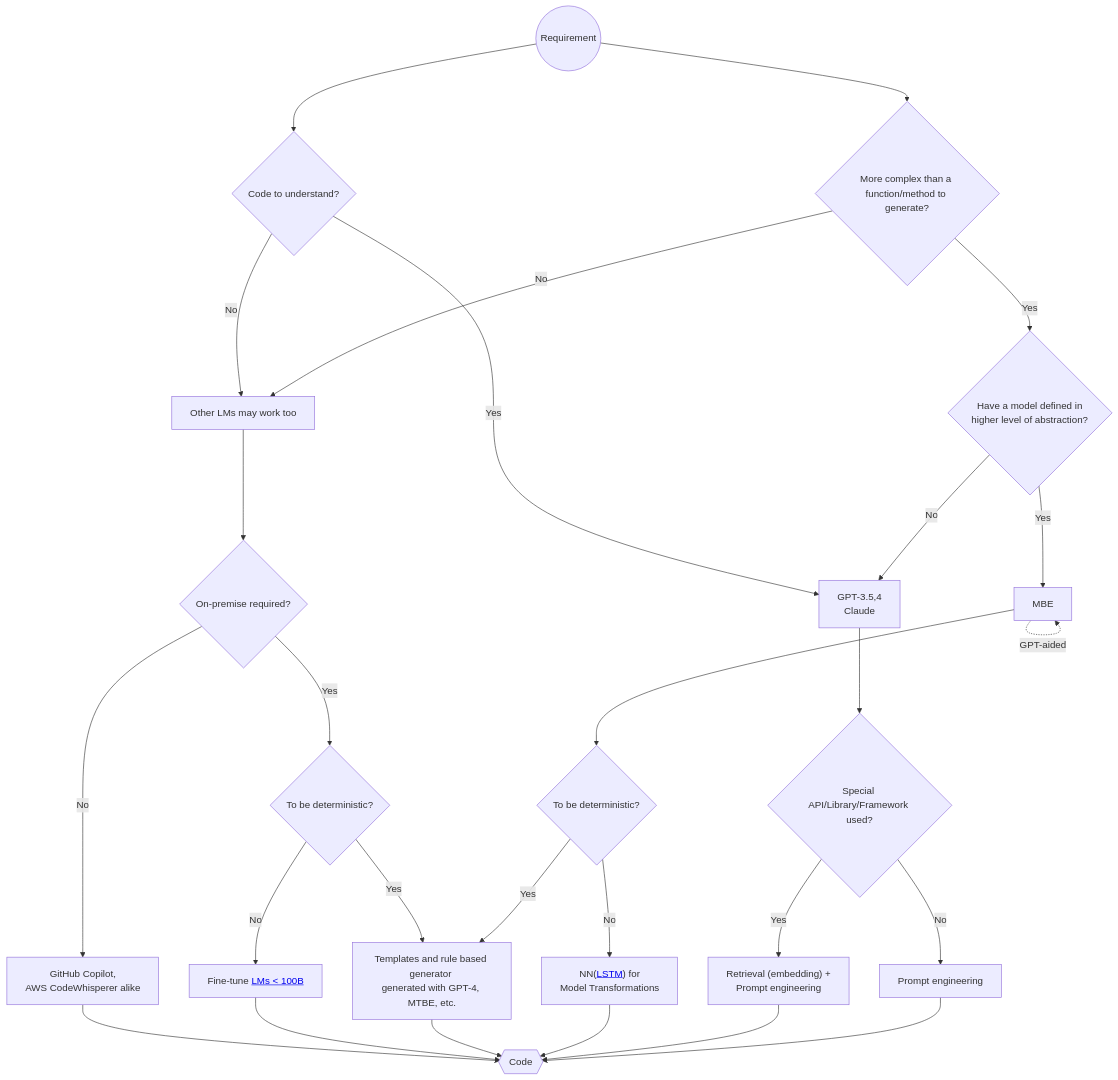
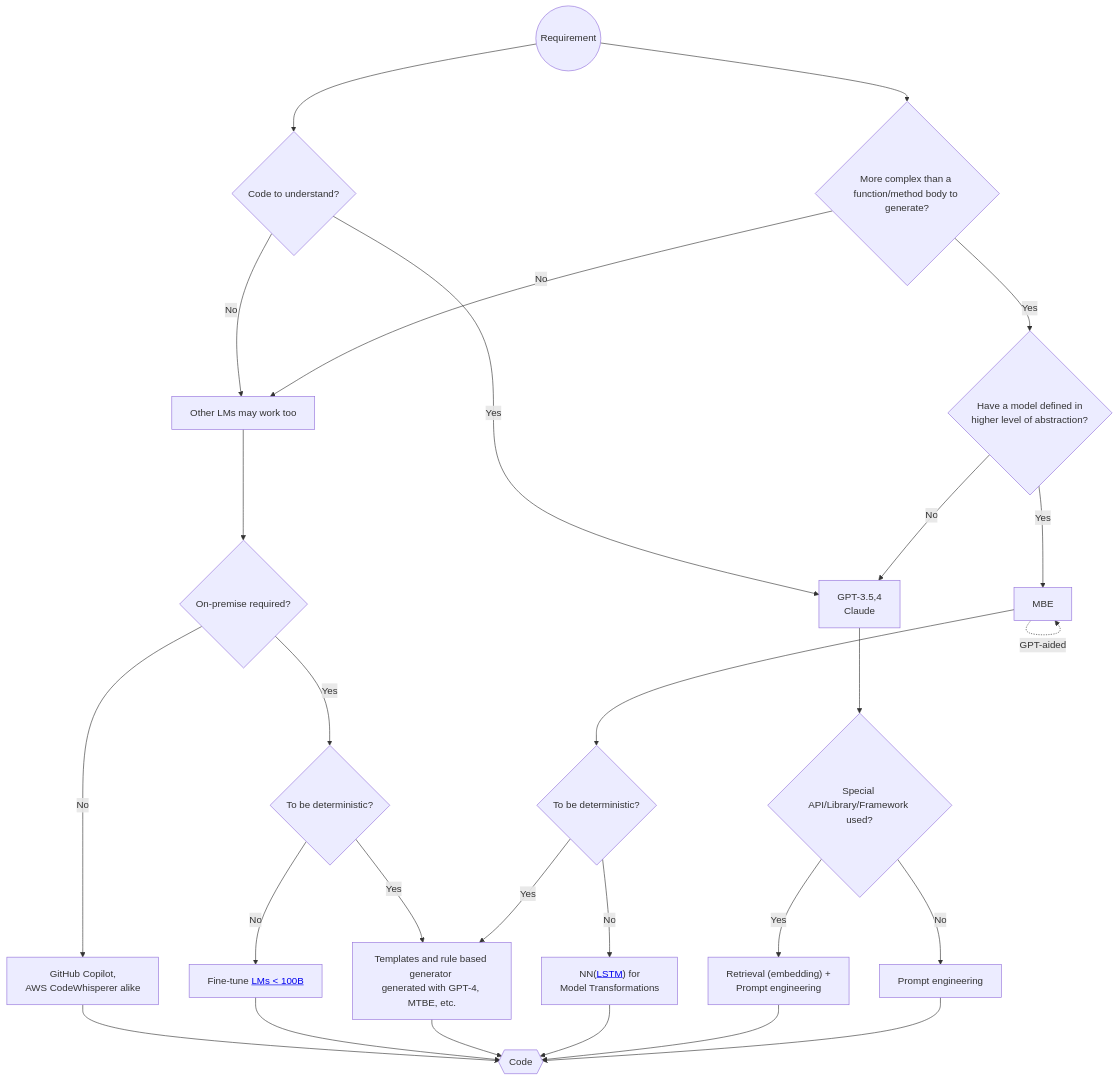
The diagram in Code-Generation.md (AI-LLM/ai-llm.github.io), drawn with Mermaid before and after one commit.

````diff
--- a/Code-Generation.md
+++ b/Code-Generation.md
@@ -3,29 +3,29 @@
 ```mermaid
 graph TD;
-    S((Requirement))-->Q1{"More complex than a \nfunction/method to generate?"};
+    S((Requirement))-->Q1{"More complex than a \nfunction/method body to generate?"};
     S-->Q2{Code to understand?};
     Q1 -- Yes --> Q1a{"Have a model defined in \nhigher level of abstraction?"}
     Q1a -- No --> P1["GPT-3.5,4\nClaude"];
     Q1a -- Yes --> P100[MBE]
     P100 -. GPT-aided .-> P100
     P100 --> Q1b{To be deterministic?} 
     Q1b -- No --> P12["NN(<a target='_blank' href='https://modeling-languages.com/lstm-neural-network-model-transformations/'>LSTM</a>) for \nModel Transformations"]
     Q1b -- Yes --> P21
     Q1 -- No -->P2[Other LMs may work too];
     Q2 -- Yes -->P1
     Q2 -- No -->P2;
     P1 --> Q3{"Special \nAPI/Library/Framework used?"};
     Q3 -- No -->P10[Prompt engineering];
     Q3 -- Yes -->P11["Retrieval (embedding) + \nPrompt engineering"];
     P2 --> Q4{On-premise required?};
     Q4 -- Yes --> Q5{To be deterministic?};
     Q4 -- No --> P23["GitHub Copilot, \nAWS CodeWhisperer alike"]
     Q5 -- Yes --> P21["Templates and rule based generator \ngenerated with GPT-4, MTBE, etc."]
     Q5 -- No --> P22["Fine-tune <a href='https://github.com/AI-LLM/ai-llm.github.io/blob/main/Code-LLM-alternatives.md'>LMs < 100B</a>"]
     P10 --> Code{{Code}}
     P11 --> Code
     P12 --> Code
     P21 --> Code
     P22 --> Code
     P23 --> Code
 ```
````
